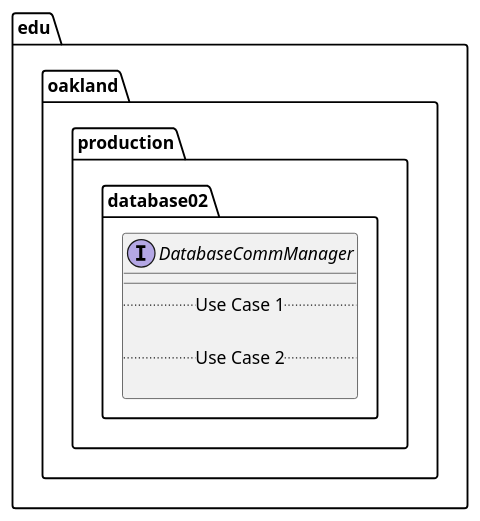
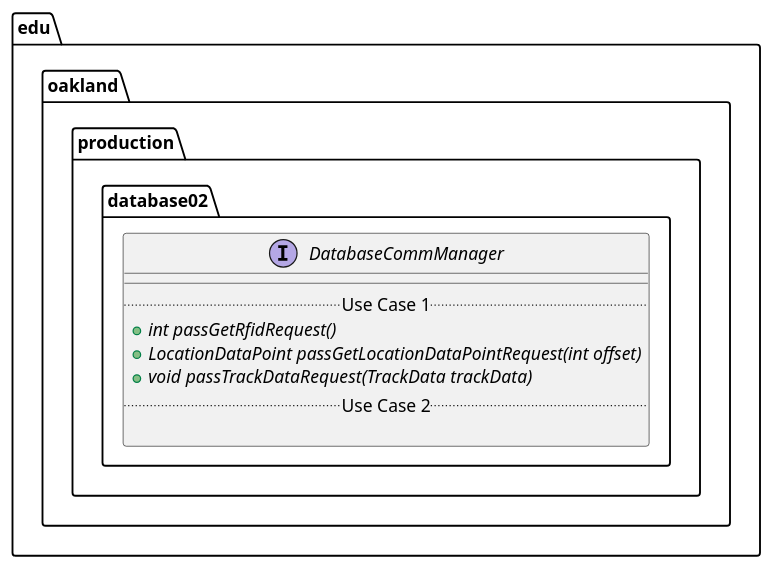
Before and after one commit to elilley15/csi-3370-software-project: the diagram in docs/uml-class-diagrams/database02/production/DatabaseCommManager/DatabaseCommManager.puml, drawn with PlantUML. The commit also changed 7 other files, not shown here.

First line of the commit message:
[Database] Added Database Public Interface UML Class Diagrams (#12)

```diff
--- a/docs/uml-class-diagrams/database02/production/DatabaseCommManager/DatabaseCommManager.puml
+++ b/docs/uml-class-diagrams/database02/production/DatabaseCommManager/DatabaseCommManager.puml
@@ -1,13 +1,15 @@
 @startuml DatabaseCommManager
 
 package edu.oakland.production.database02 {
     interface DatabaseCommManager {
         __
         .. Use Case 1 ..
-
+        {abstract} + int passGetRfidRequest()
+        {abstract} + LocationDataPoint passGetLocationDataPointRequest(int offset)
+        {abstract} + void passTrackDataRequest(TrackData trackData)
         .. Use Case 2 ..
 
     }
 }
 
 @enduml
```
